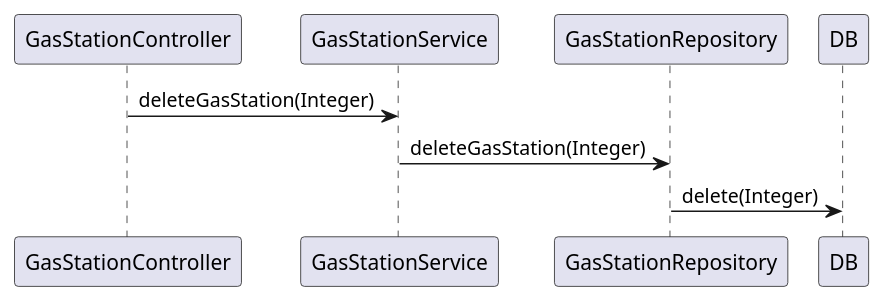
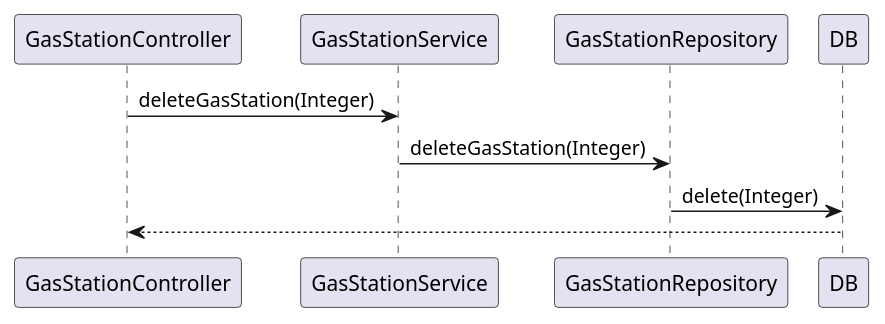
The seventh of 9 diagrams in docs/DesignDocument.md (e-caste/SoftEng-EZGas), drawn with PlantUML before and after one commit.

Commit message:
add void return to UC6 in sequence diagrams

````diff
--- a/docs/DesignDocument.md
+++ b/docs/DesignDocument.md
@@ -739,9 +739,11 @@
 ```plantuml
 @startuml
 
 GasStationController -> GasStationService: deleteGasStation(Integer)
 GasStationService -> GasStationRepository: deleteGasStation(Integer)
 GasStationRepository -> DB: delete(Integer)
 
+DB --> GasStationController
+
 @enduml
 ```
````
